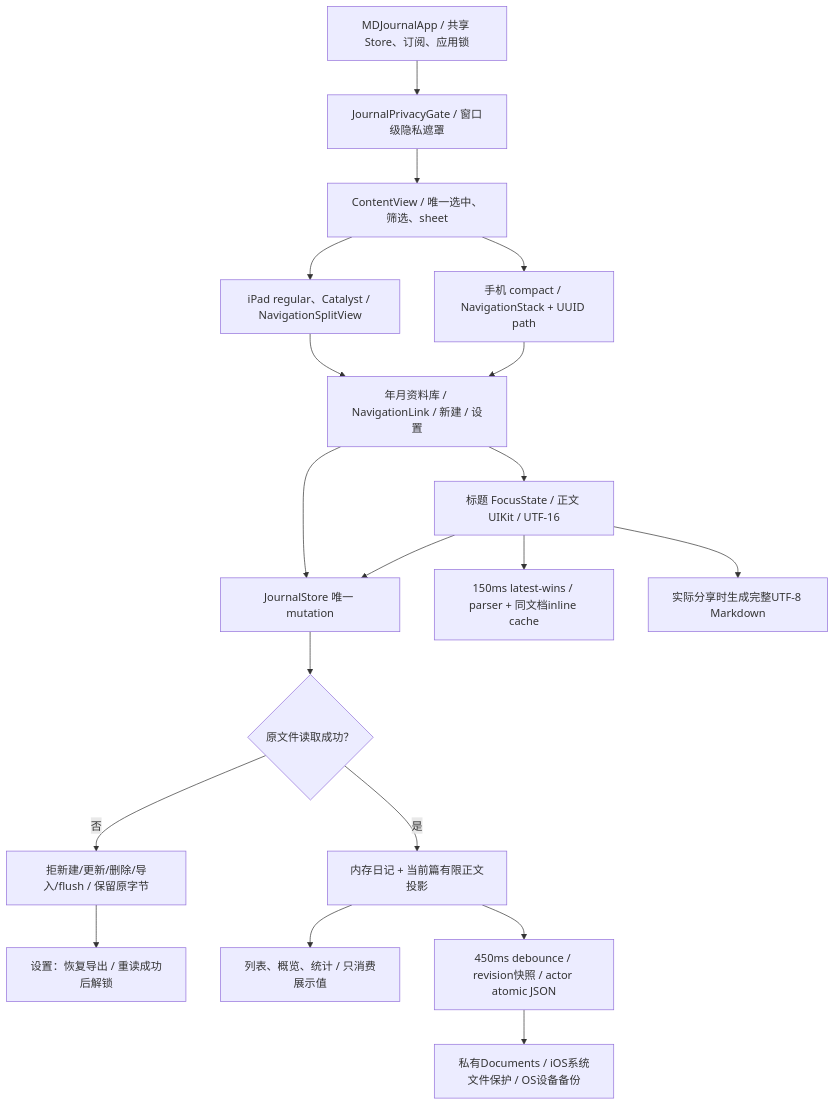
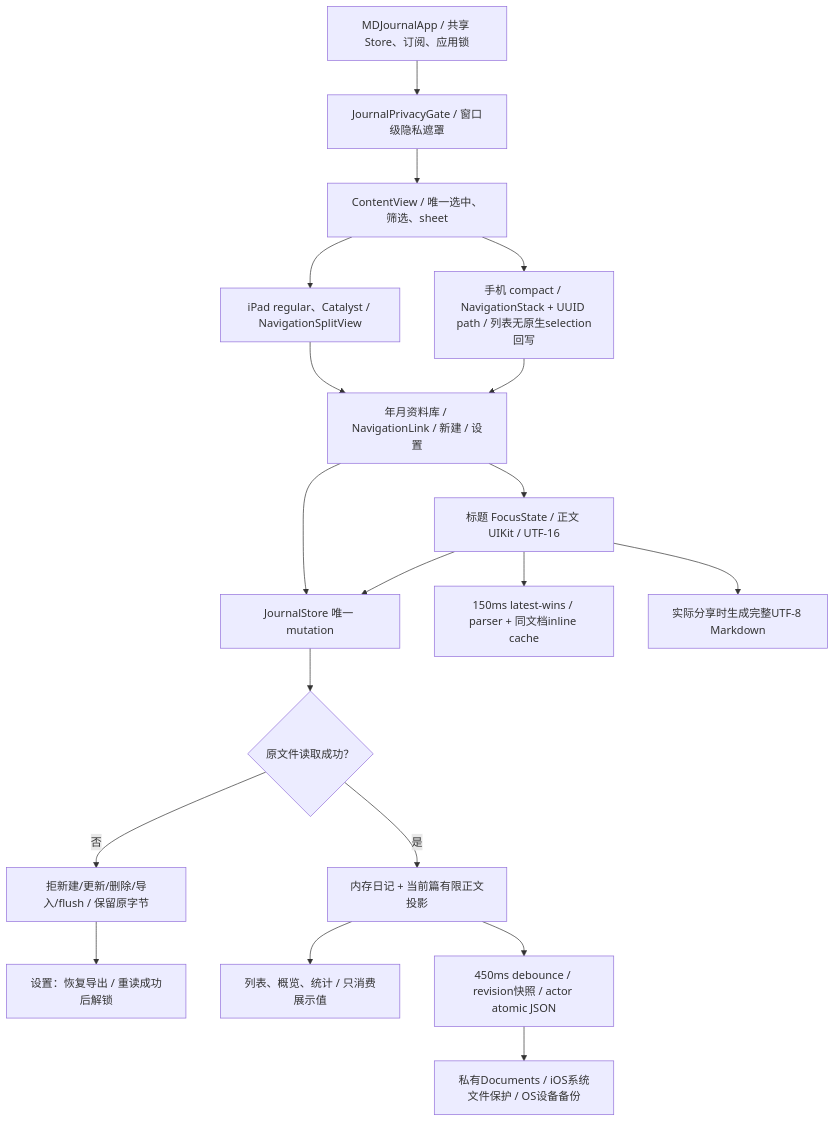
Before and after one commit to Altman-sam114/117: the first of 4 diagrams in md/flow/flowchart.md, drawn with Mermaid. The commit also changed 8 other files, not shown here.

````diff
--- a/md/flow/flowchart.md
+++ b/md/flow/flowchart.md
@@ -5,21 +5,21 @@
 ```mermaid
 flowchart TD
   App["MDJournalApp / 共享 Store、订阅、应用锁"] --> Gate["JournalPrivacyGate / 窗口级隐私遮罩"]
   Gate --> Content["ContentView / 唯一选中、筛选、sheet"]
-  Content --> Compact["手机 compact / NavigationStack + UUID path"]
+  Content --> Compact["手机 compact / NavigationStack + UUID path / 列表无原生selection回写"]
   Content --> Regular["iPad regular、Catalyst / NavigationSplitView"]
   Compact --> Library["年月资料库 / NavigationLink / 新建 / 设置"]
   Regular --> Library
   Library --> Editor["标题 FocusState / 正文 UIKit / UTF-16"]
   Editor --> Mutation["JournalStore 唯一 mutation"]
   Library --> Mutation
   Mutation --> Health{"原文件读取成功？"}
   Health -- "否" --> Protect["拒新建/更新/删除/导入/flush / 保留原字节"]
   Protect --> Recovery["设置：恢复导出 / 重读成功后解锁"]
   Health -- "是" --> State["内存日记 + 当前篇有限正文投影"]
   State --> ListStats["列表、概览、统计 / 只消费展示值"]
   State --> Save["450ms debounce / revision快照 / actor atomic JSON"]
   Save --> File["私有Documents / iOS系统文件保护 / OS设备备份"]
   Editor --> Preview["150ms latest-wins / parser + 同文档inline cache"]
   Editor --> Share["实际分享时生成完整UTF-8 Markdown"]
 ```
````
